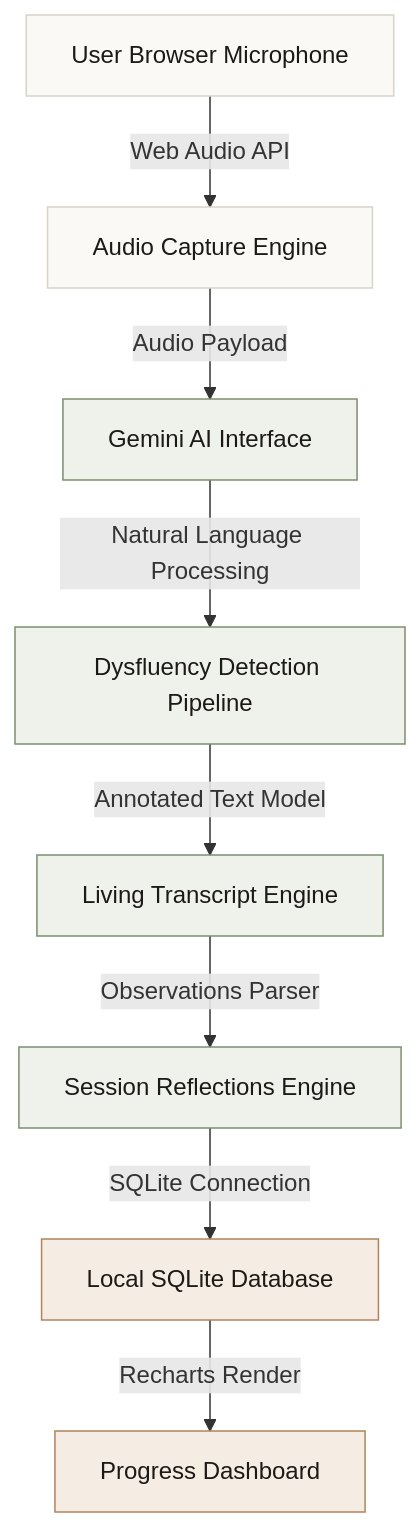
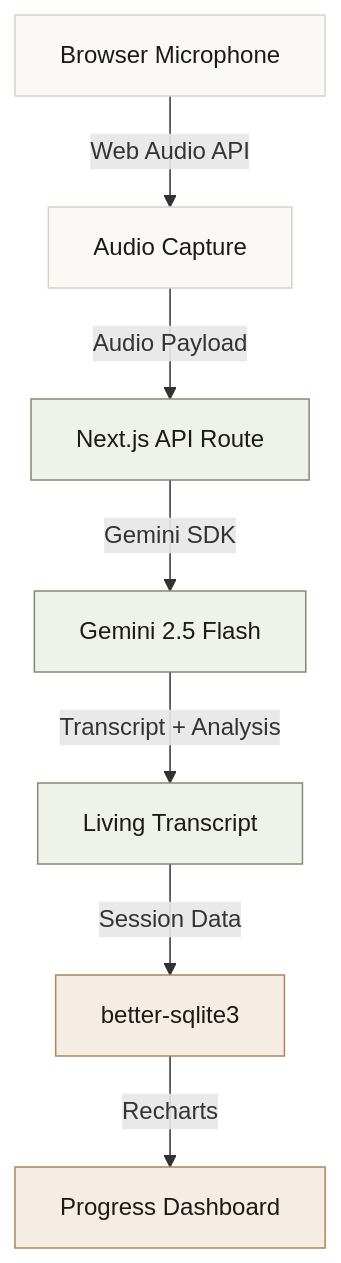
One commit to arj-co/VoiceScribe changed the diagram in README.md. Above: the diagram before and after it, drawn with Mermaid. The commit also changed other lines of this file and 2 other files, not shown here.

````diff
--- a/README.md
+++ b/README.md
@@ -103,14 +84,13 @@
 ```mermaid
 graph TD
     classDef browser fill:#FBF9F6,stroke:#D9D2C9,stroke-width:1px,color:#1C1917;
     classDef processing fill:#EFF2EB,stroke:#7C8E6F,stroke-width:1px,color:#1C1917;
     classDef data fill:#F5EDE3,stroke:#B0845B,stroke-width:1px,color:#1C1917;
 
-    A[User Browser Microphone]:::browser -->|Web Audio API| B[Audio Capture Engine]:::browser
-    B -->|Audio Payload| C[Gemini AI Interface]:::processing
-    C -->|Natural Language Processing| D[Dysfluency Detection Pipeline]:::processing
-    D -->|Annotated Text Model| E[Living Transcript Engine]:::processing
-    E -->|Observations Parser| F[Session Reflections Engine]:::processing
-    F -->|SQLite Connection| G[Local SQLite Database]:::data
-    G -->|Recharts Render| H[Progress Dashboard]:::data
+    A[Browser Microphone]:::browser -->|Web Audio API| B[Audio Capture]:::browser
+    B -->|Audio Payload| C[Next.js API Route]:::processing
+    C -->|Gemini SDK| D[Gemini 2.5 Flash]:::processing
+    D -->|Transcript + Analysis| E[Living Transcript]:::processing
+    E -->|Session Data| F[better-sqlite3]:::data
+    F -->|Recharts| G[Progress Dashboard]:::data
 ```
````
